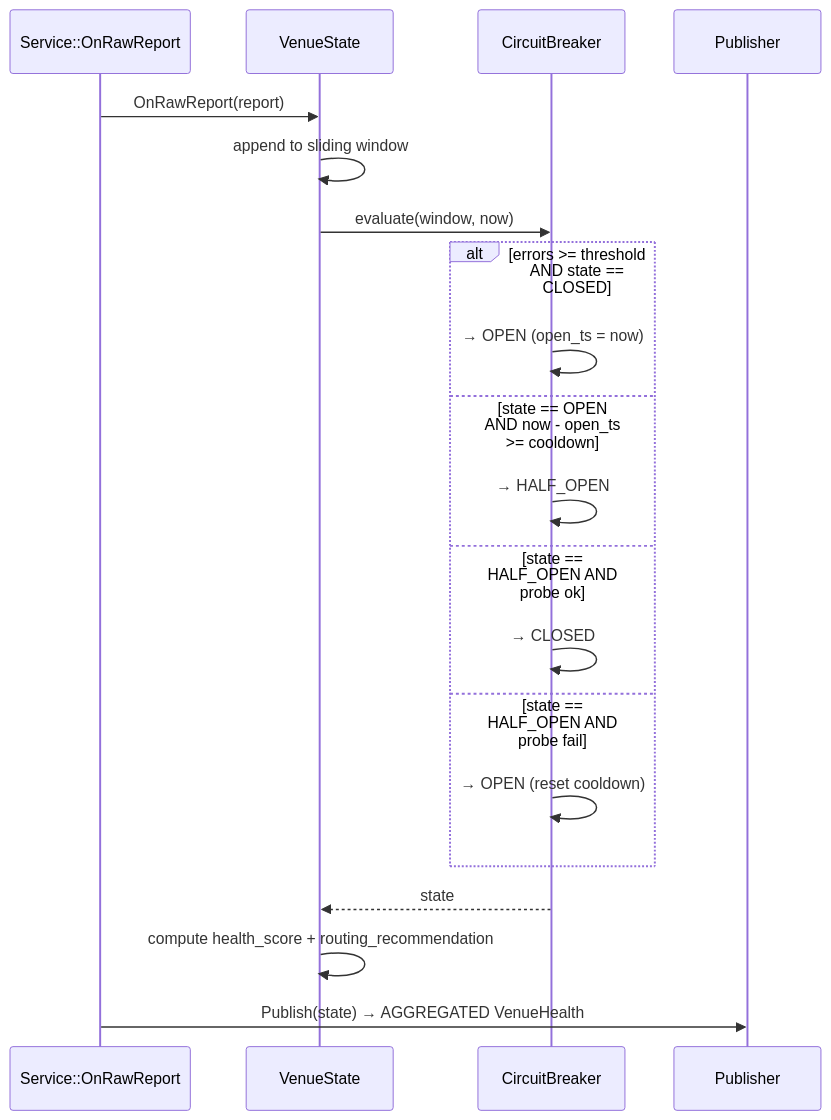
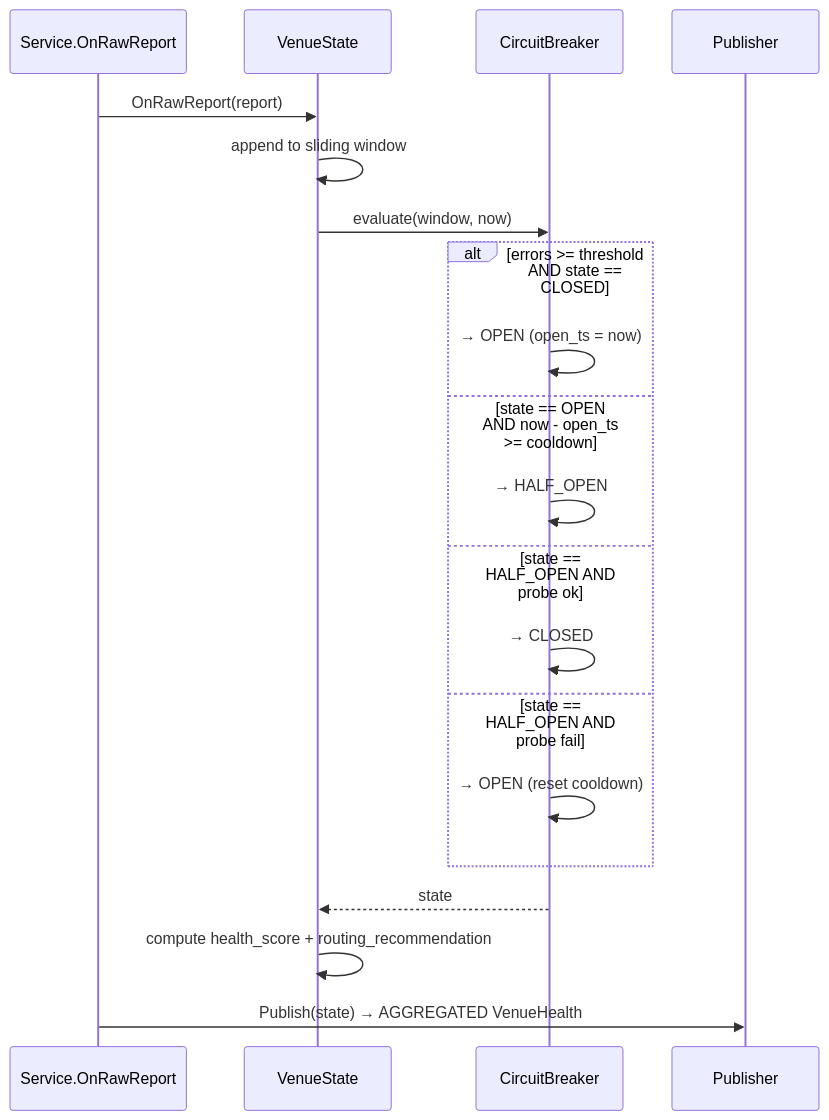
One commit to kkpiftankin-tech/cont_exchange_v2 changed the diagram in docs/05-components/venue-health-routing/sequences/SEQ-HEALTH-001-circuit-breaker-fsm.md. Above: the diagram before and after it, drawn with Mermaid. The commit also changed 9 other files, not shown here.

First line of the commit message:
docs(IN-013): fix mermaid sequenceDiagram parse errors + add checker tool

````diff
--- a/docs/05-components/venue-health-routing/sequences/SEQ-HEALTH-001-circuit-breaker-fsm.md
+++ b/docs/05-components/venue-health-routing/sequences/SEQ-HEALTH-001-circuit-breaker-fsm.md
@@ -36,25 +36,25 @@
 ```mermaid
 sequenceDiagram
-    participant SVC as Service::OnRawReport
+    participant SVC as Service.OnRawReport
     participant ST as VenueState
     participant CB as CircuitBreaker
     participant PUB as Publisher
 
     SVC->>ST: OnRawReport(report)
     ST->>ST: append to sliding window
     ST->>CB: evaluate(window, now)
 
     alt errors >= threshold AND state == CLOSED
         CB->>CB: → OPEN (open_ts = now)
     else state == OPEN AND now - open_ts >= cooldown
         CB->>CB: → HALF_OPEN
     else state == HALF_OPEN AND probe ok
         CB->>CB: → CLOSED
     else state == HALF_OPEN AND probe fail
         CB->>CB: → OPEN (reset cooldown)
     end
 
     CB-->>ST: state
     ST->>ST: compute health_score + routing_recommendation
     SVC->>PUB: Publish(state) → AGGREGATED VenueHealth
 ```
````
